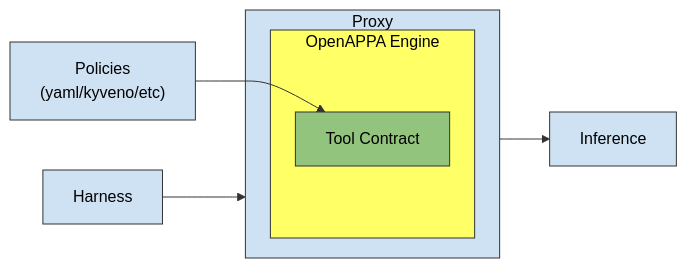
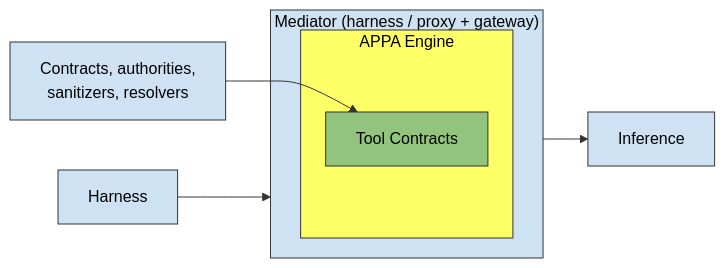
Before and after one commit to archestra-ai/OpenAPPA: the diagram in docs/spec.md, drawn with Mermaid. The commit also changed other lines of this file and 5 other files, not shown here.

````diff
--- a/docs/spec.md
+++ b/docs/spec.md
@@ -64,18 +58,18 @@
 ```mermaid
 flowchart LR
-    Harness --> Proxy
-    subgraph Proxy
-        subgraph Engine["OpenAPPA Engine"]
-            Contract["Tool Contract"]
+    Harness --> Mediator
+    subgraph Mediator["Mediator (harness / proxy + gateway)"]
+        subgraph Engine["APPA Engine"]
+            Contract["Tool Contracts"]
         end
     end
-    Proxy --> Inference
-    Policies["Policies<br/>(yaml/kyveno/etc)"] --> Contract
+    Mediator --> Inference
+    Config["Contracts, authorities,<br/>sanitizers, resolvers"] --> Contract
 
     classDef blue fill:#cfe2f3,stroke:#333,color:#000
     classDef yellow fill:#ffff66,stroke:#333,color:#000
     classDef green fill:#93c47d,stroke:#333,color:#000
-    class Harness,Inference,Policies,Proxy blue
+    class Harness,Inference,Config,Mediator blue
     class Engine yellow
     class Contract green
 ```
````
